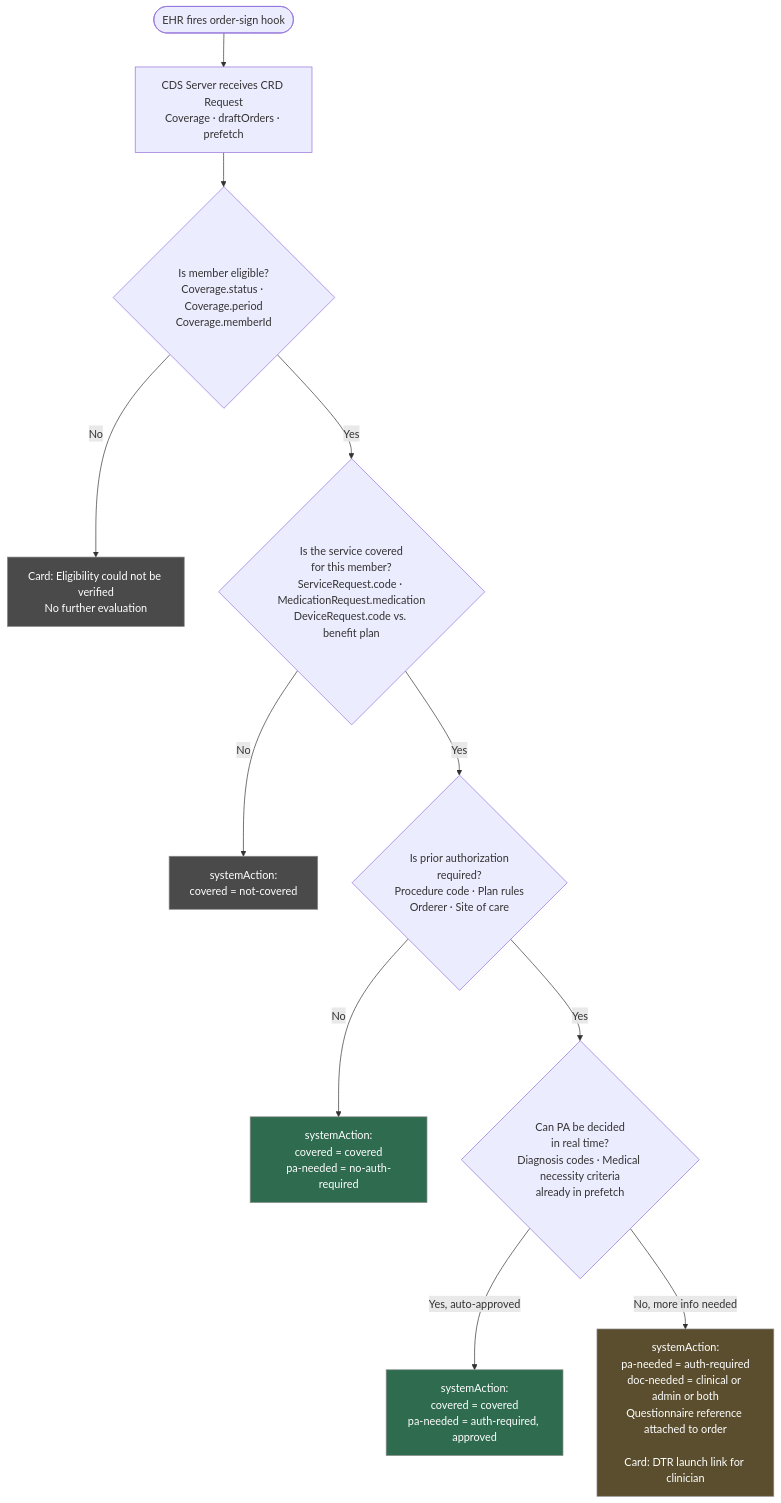
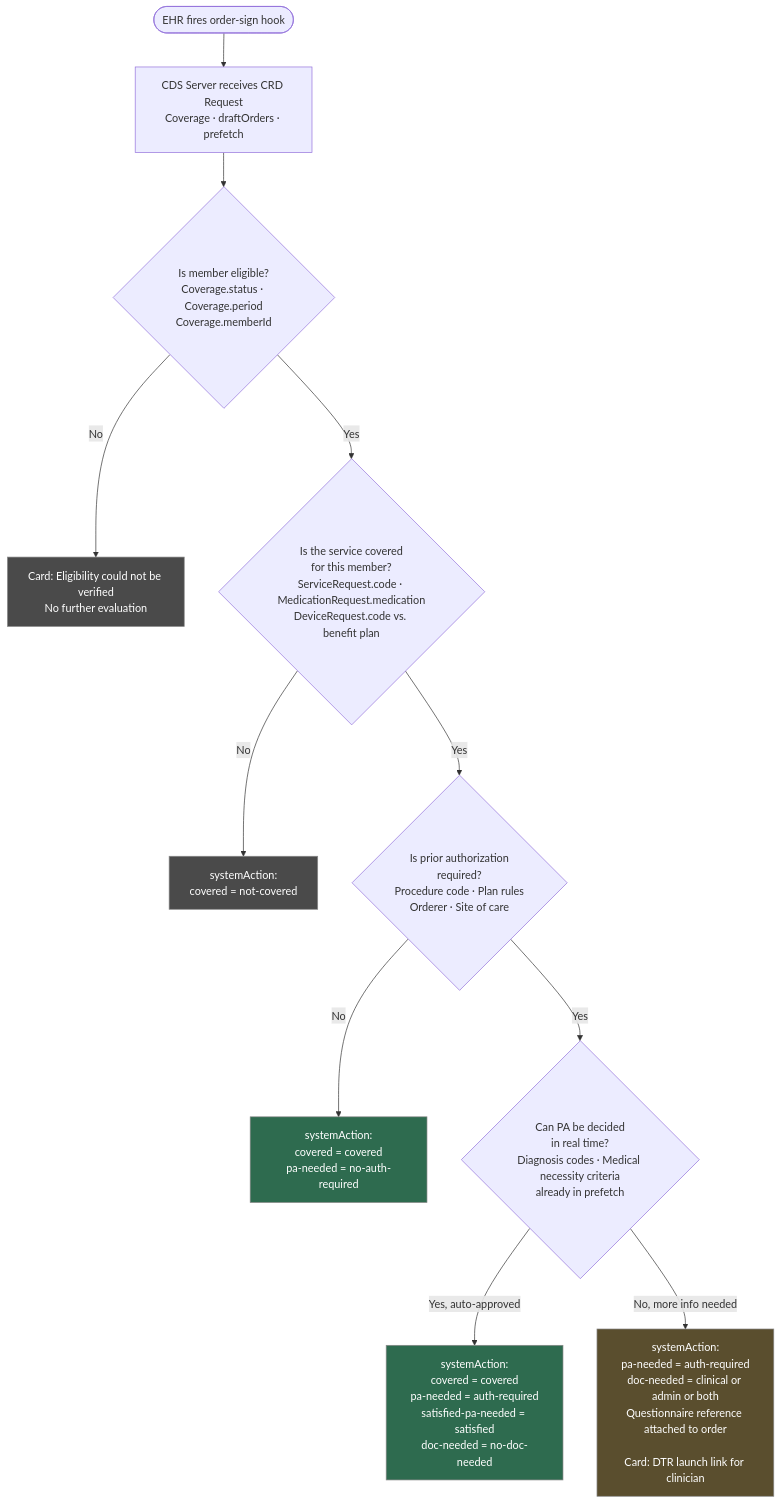
The diagram in prior-auth/01-crd.md (agabhinav/learn-fhir), drawn with Mermaid before and after one commit. The commit also changed other lines of this file, not shown here.

Commit message:
Corrections in crd-pa-evaluation section, doc-needed.

````diff
--- a/prior-auth/01-crd.md
+++ b/prior-auth/01-crd.md
@@ -166,28 +169,28 @@
 ```mermaid
 flowchart TD
     A([EHR fires order-sign hook]) --> B[CDS Server receives CRD Request<br/>Coverage · draftOrders · prefetch]
 
     B --> C{Is member eligible?<br/>Coverage.status · Coverage.period<br/>Coverage.memberId}
 
     C -- No --> C1[Card: Eligibility could not be verified<br/>No further evaluation]
 
     C -- Yes --> D{Is the service covered<br/>for this member?<br/>ServiceRequest.code · MedicationRequest.medication<br/>DeviceRequest.code vs. benefit plan}
 
     D -- No --> D1[systemAction:<br/>covered = not-covered]
 
     D -- Yes --> E{Is prior authorization<br/>required?<br/>Procedure code · Plan rules<br/>Orderer · Site of care}
 
     E -- No --> E1[systemAction:<br/>covered = covered<br/>pa-needed = no-auth-required]
 
     E -- Yes --> F{Can PA be decided<br/>in real time?<br/>Diagnosis codes · Medical necessity criteria<br/>already in prefetch}
 
-    F -- Yes, auto-approved --> F1[systemAction:<br/>covered = covered<br/>pa-needed = auth-required, approved]
+    F -- Yes, auto-approved --> F1[systemAction:<br/>covered = covered<br/>pa-needed = auth-required<br/>satisfied-pa-needed = satisfied<br/>doc-needed = no-doc-needed]
 
     F -- No, more info needed --> G[systemAction:<br/>pa-needed = auth-required<br/>doc-needed = clinical or admin or both<br/>Questionnaire reference attached to order<br/><br/>Card: DTR launch link for clinician]
 
     style C1 fill:#4a4a4a,color:#ffffff,stroke:#888888
     style D1 fill:#4a4a4a,color:#ffffff,stroke:#888888
     style E1 fill:#2e6b4f,color:#ffffff,stroke:#888888
     style F1 fill:#2e6b4f,color:#ffffff,stroke:#888888
     style G fill:#5a4e2e,color:#ffffff,stroke:#888888
 ```
````
